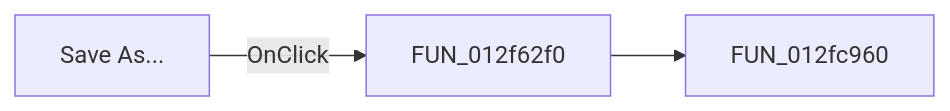
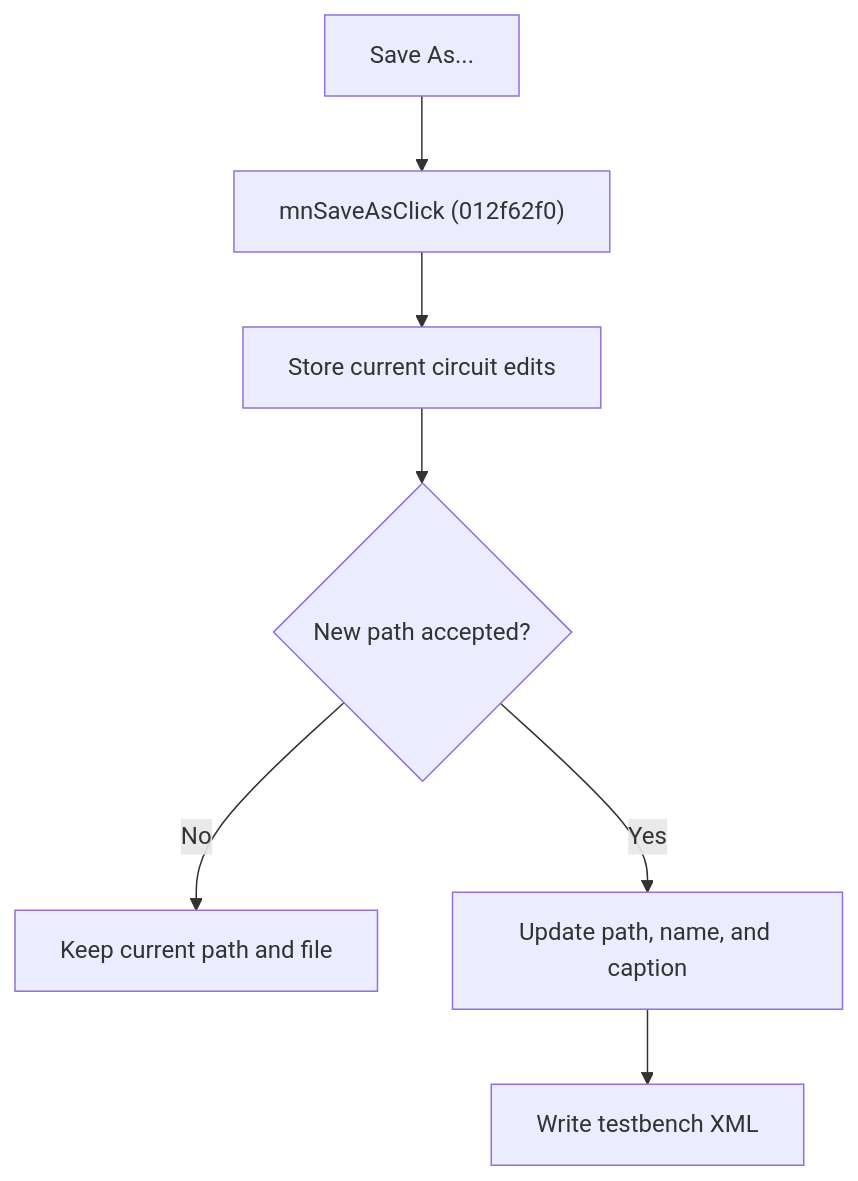
One commit to MovGP0/TIARA changed the diagram in docs/ui-controls/frmmodeltestbencheditor/mnsaveas-3f2052ce81.md. Above: the diagram before and after it, drawn with Mermaid. The commit also changed other lines of this file and 387 other files, not shown here.

````diff
--- a/docs/ui-controls/frmmodeltestbencheditor/mnsaveas-3f2052ce81.md
+++ b/docs/ui-controls/frmmodeltestbencheditor/mnsaveas-3f2052ce81.md
@@ -27,5 +29,9 @@
 ```mermaid
-flowchart LR
-    control["Save As..."] -->|OnClick| handler["FUN_012f62f0"]
-    handler --> call1["FUN_012fc960"]
+flowchart TD
+    control["Save As..."] --> handler["mnSaveAsClick (012f62f0)"]
+    handler --> stage["Store current circuit edits"]
+    stage --> dialog{"New path accepted?"}
+    dialog -->|No| stop["Keep current path and file"]
+    dialog -->|Yes| path["Update path, name, and caption"]
+    path --> write["Write testbench XML"]
 ```
````
